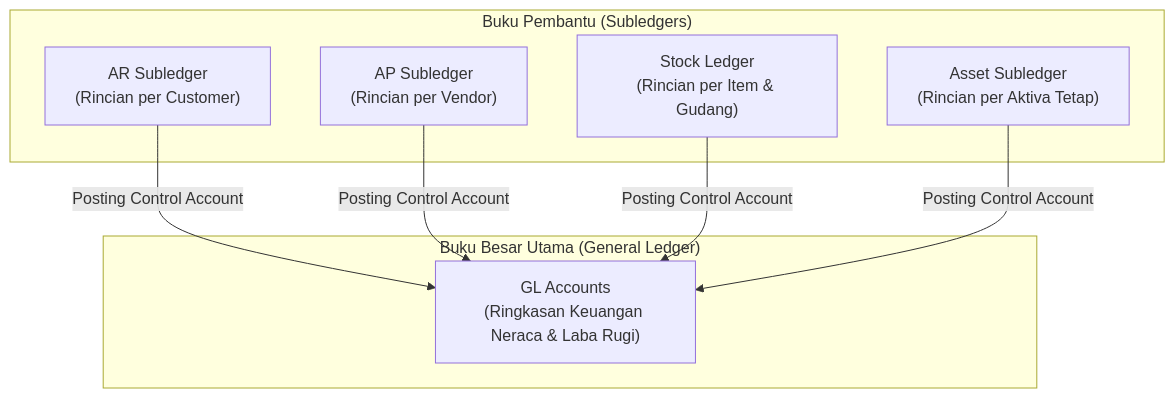
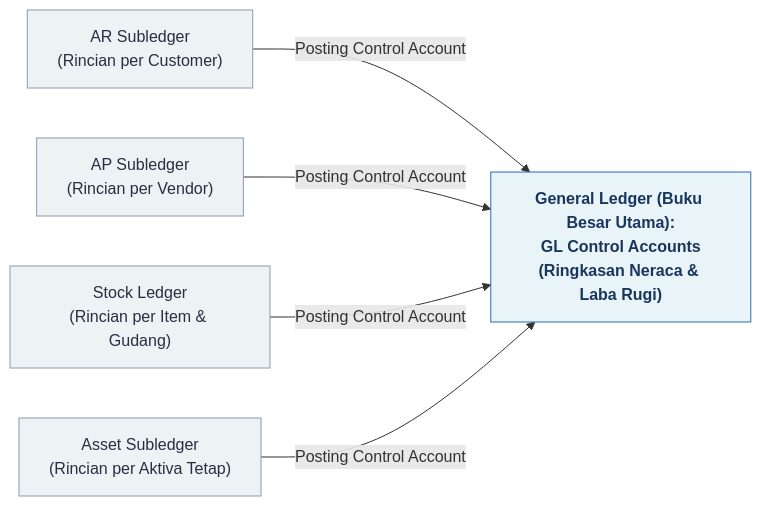
The third of 3 diagrams in content/00-fundamentals/erp-architecture.md (alimurrofid/erp-notes), drawn with Mermaid before and after one commit. The commit also changed 58 other files, not shown here.

Commit message:
fix(content):Mermaid Subgraph

````diff
--- a/content/00-fundamentals/erp-architecture.md
+++ b/content/00-fundamentals/erp-architecture.md
@@ -105,18 +105,20 @@
 ```mermaid
-flowchart TD
-    subgraph Subledgers["Buku Pembantu (Subledgers)"]
-        AR["AR Subledger<br/>(Rincian per Customer)"]
-        AP["AP Subledger<br/>(Rincian per Vendor)"]
-        INV["Stock Ledger<br/>(Rincian per Item & Gudang)"]
-        FA["Asset Subledger<br/>(Rincian per Aktiva Tetap)"]
-    end
+flowchart LR
+    AR["AR Subledger<br/>(Rincian per Customer)"]
+    AP["AP Subledger<br/>(Rincian per Vendor)"]
+    INV["Stock Ledger<br/>(Rincian per Item & Gudang)"]
+    FA["Asset Subledger<br/>(Rincian per Aktiva Tetap)"]
 
-    subgraph GL["Buku Besar Utama (General Ledger)"]
-        GL_Account["GL Accounts<br/>(Ringkasan Keuangan Neraca & Laba Rugi)"]
-    end
+    GL_Account["General Ledger (Buku Besar Utama):<br/>GL Control Accounts<br/>(Ringkasan Neraca & Laba Rugi)"]
 
     AR -->|Posting Control Account| GL_Account
     AP -->|Posting Control Account| GL_Account
     INV -->|Posting Control Account| GL_Account
     FA -->|Posting Control Account| GL_Account
+
+    classDef subledger fill:#edf2f4,stroke:#8d99ae,color:#2b2d42;
+    classDef gl fill:#e8f4f8,stroke:#2b6cb0,color:#1a365d,font-weight:bold;
+
+    class AR,AP,INV,FA subledger;
+    class GL_Account gl;
 ```
````
